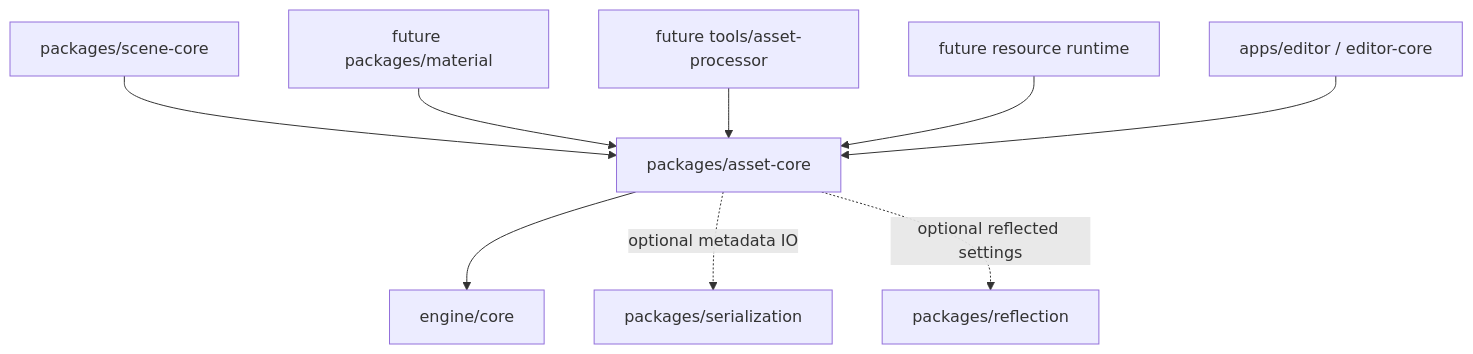
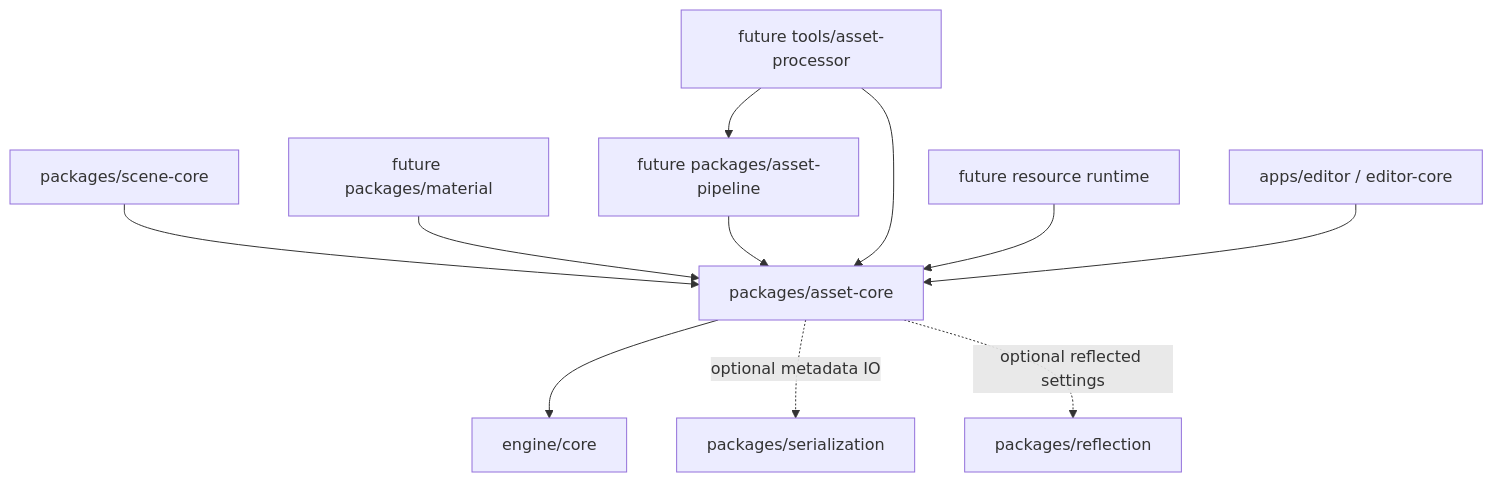
Before and after one commit to 66six11/Engine: the first of 2 diagrams in docs/systems/asset-architecture.md, drawn with Mermaid. The commit also changed other lines of this file and 1 other file, not shown here.

Commit message:
docs: record asset pipeline owner

````diff
--- a/docs/systems/asset-architecture.md
+++ b/docs/systems/asset-architecture.md
@@ -83,21 +85,24 @@
 ```mermaid
 flowchart TD
     Core["engine/core"]
     Reflection["packages/reflection"]
     Serialization["packages/serialization"]
     AssetCore["packages/asset-core"]
     Scene["packages/scene-core"]
     Material["future packages/material"]
+    AssetPipeline["future packages/asset-pipeline"]
     ImportTool["future tools/asset-processor"]
     ResourceRuntime["future resource runtime"]
     Editor["apps/editor / editor-core"]
 
     AssetCore --> Core
     Scene --> AssetCore
     Material --> AssetCore
+    AssetPipeline --> AssetCore
+    ImportTool --> AssetPipeline
     ImportTool --> AssetCore
     ResourceRuntime --> AssetCore
     Editor --> AssetCore
     AssetCore -.optional metadata IO.-> Serialization
     AssetCore -.optional reflected settings.-> Reflection
 ```
````
